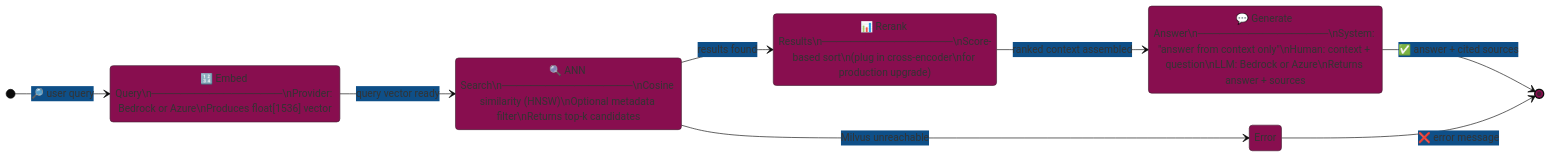
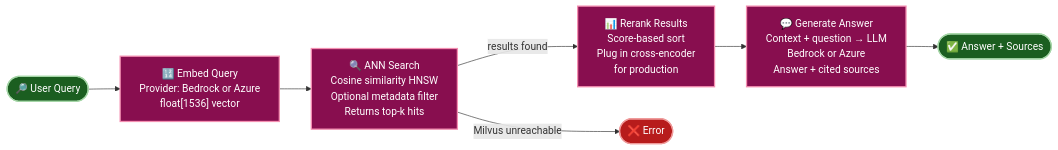
One commit to devatstudies-bit/rag-chunking-engine changed the fourth of 5 diagrams in README.md. Above: the diagram before and after it, drawn with Mermaid. The commit also changed other lines of this file, not shown here.

First line of the commit message:
fix: repair Mermaid parse errors in README diagrams

````diff
--- a/README.md
+++ b/README.md
@@ -185,24 +168,19 @@
 ```mermaid
-%%{init: {'theme': 'base', 'themeVariables': {'primaryColor': '#880E4F'}}}%%
-stateDiagram-v2
-    direction LR
+flowchart LR
+    classDef step  fill:#880E4F,stroke:#F48FB1,stroke-width:2px,color:#fff
+    classDef ok    fill:#1B5E20,stroke:#A5D6A7,stroke-width:2px,color:#fff
+    classDef error fill:#B71C1C,stroke:#EF9A9A,stroke-width:2px,color:#fff
 
-    [*] --> EmbedQuery: 🔎 user query
-    EmbedQuery: 🔢 Embed Query\n──────────────────\nProvider: Bedrock or Azure\nProduces float[1536] vector
+    IN([🔎 User Query]):::ok
+    E["🔢 Embed Query<br/>Provider: Bedrock or Azure<br/>float[1536] vector"]:::step
+    SE["🔍 ANN Search<br/>Cosine similarity HNSW<br/>Optional metadata filter<br/>Returns top-k hits"]:::step
+    R["📊 Rerank Results<br/>Score-based sort<br/>Plug in cross-encoder<br/>for production"]:::step
+    G["💬 Generate Answer<br/>Context + question → LLM<br/>Bedrock or Azure<br/>Answer + cited sources"]:::step
+    OK([✅ Answer + Sources]):::ok
+    ERR([❌ Error]):::error
 
-    EmbedQuery --> Search: query vector ready
-
-    Search: 🔍 ANN Search\n──────────────────\nCosine similarity (HNSW)\nOptional metadata filter\nReturns top-k candidates
-
-    Search --> Rerank: results found
-    Search --> Error: Milvus unreachable
-
-    Rerank: 📊 Rerank Results\n──────────────────\nScore-based sort\n(plug in cross-encoder\nfor production upgrade)
-
-    Rerank --> Generate: ranked context assembled
-
-    Generate: 💬 Generate Answer\n──────────────────\nSystem: "answer from context only"\nHuman: context + question\nLLM: Bedrock or Azure\nReturns answer + sources
-
-    Generate --> [*]: ✅ answer + cited sources
-    Error --> [*]: ❌ error message
+    IN --> E --> SE
+    SE -->|results found| R
+    SE -->|Milvus unreachable| ERR
+    R --> G --> OK
 ```
````
